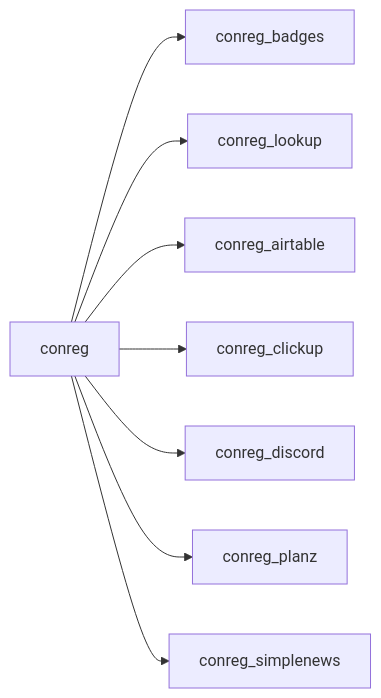
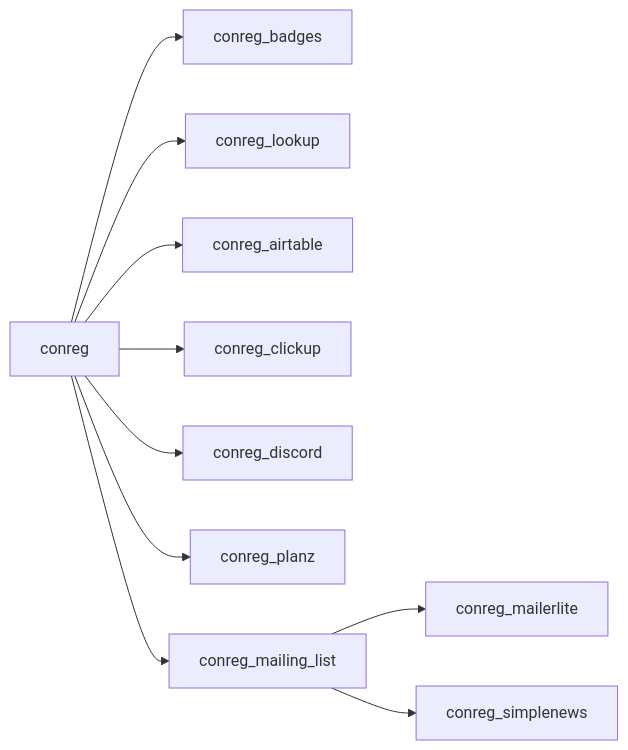
One commit to smofconlisbon/conreg changed the diagram in docs/index.md. Above: the diagram before and after it, drawn with Mermaid. The commit also changed other lines of this file and 78 other files, not shown here.

````diff
--- a/docs/index.md
+++ b/docs/index.md
@@ -24,10 +25,12 @@
 ```mermaid
 flowchart LR
   core[conreg] --> badges[conreg_badges]
   core --> lookup[conreg_lookup]
   core --> airtable[conreg_airtable]
   core --> clickup[conreg_clickup]
   core --> discord[conreg_discord]
   core --> planz[conreg_planz]
-  core --> simplenews_stub[conreg_simplenews]
+  core --> mailing_list[conreg_mailing_list]
+  mailing_list --> mailerlite[conreg_mailerlite]
+  mailing_list --> simplenews[conreg_simplenews]
 ```
````
